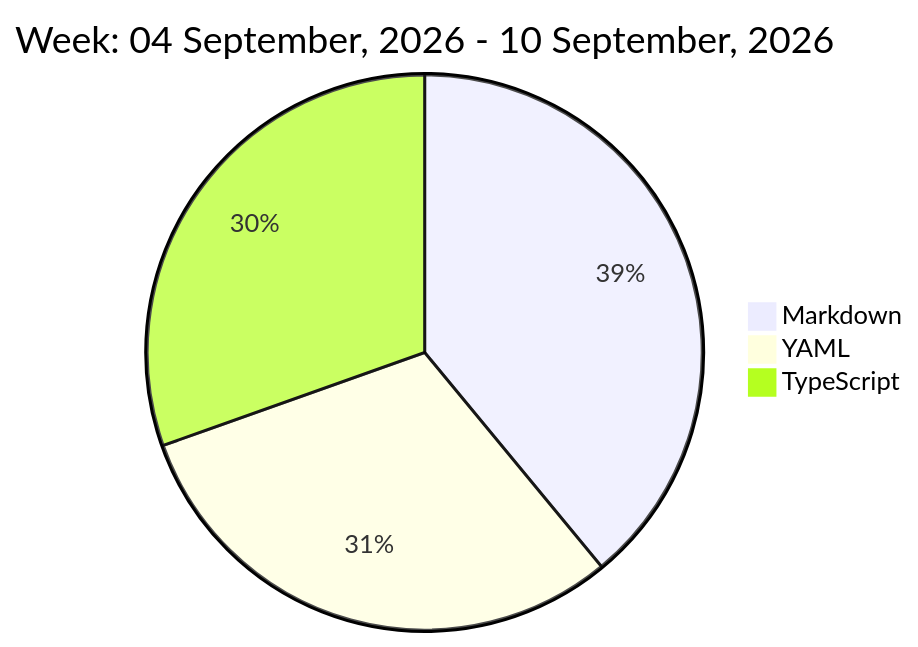
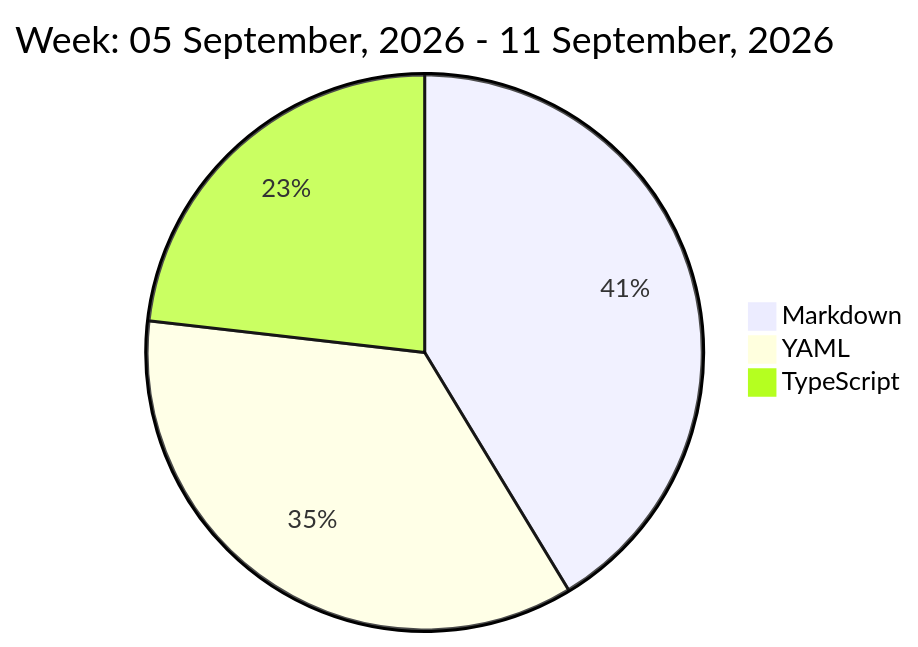
One commit to liubin95/liubin95 changed the diagram in README.md. Above: the diagram before and after it, drawn with Mermaid.

Commit message:
Updated the Graph with new Metrics

````diff
--- a/README.md
+++ b/README.md
@@ -32,7 +32,7 @@
 ```mermaid
  pie
-title Week: 04 September, 2026 - 10 September, 2026
- "Markdown" : 3.23
- "YAML" : 2.53
- "TypeScript" : 2.52
+title Week: 05 September, 2026 - 11 September, 2026
+ "Markdown" : 4.6
+ "YAML" : 3.95
+ "TypeScript" : 2.58
 ```
````
